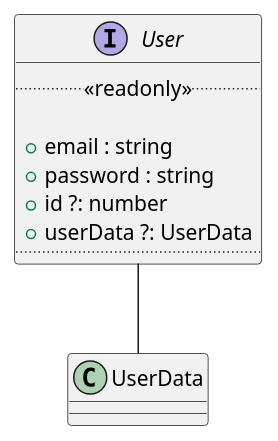
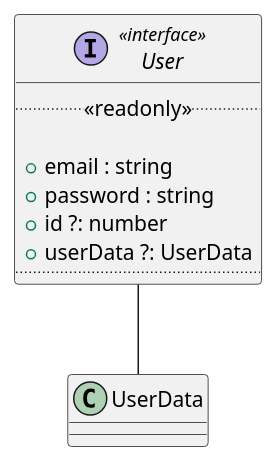
Before and after one commit to GruppOne/stalker-web-app: the diagram in docs/diagrams/interfaces/User/User.pu, drawn with PlantUML. The commit also changed 10 other files, not shown here.

```diff
--- a/docs/diagrams/interfaces/User/User.pu
+++ b/docs/diagrams/interfaces/User/User.pu
@@ -1,13 +1,13 @@
 @startuml User Diagram
-interface User {
+interface User <<interface>> {
   ..<<readonly>>..
 
   + email : string
   + password : string
   + id ?: number
   + userData ?: UserData
   ....
 }
 
 User -- UserData
 @enduml
```
